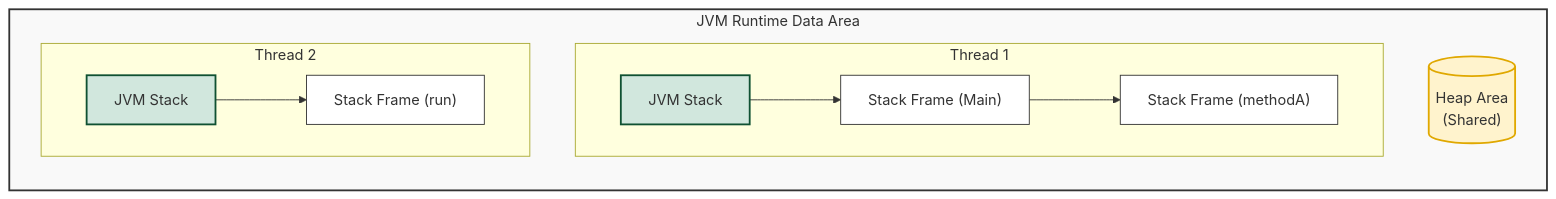
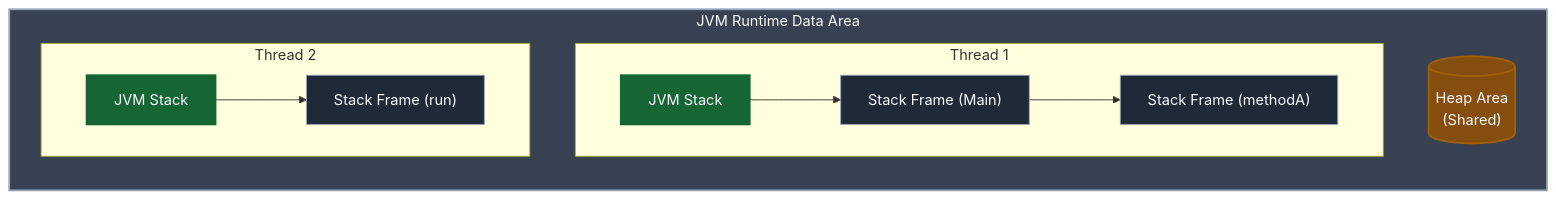
One commit to Kang-Hyesung/kang-hyesung.github.io changed the first of 2 diagrams in _posts/java/07-jvm/2026-01-12-JVM-스택-구조.md. Above: the diagram before and after it, drawn with Mermaid. The commit also changed 74 other files, not shown here.

Commit message:
docs: update post visibility and mermaid colors

````diff
--- a/_posts/java/07-jvm/2026-01-12-JVM-스택-구조.md
+++ b/_posts/java/07-jvm/2026-01-12-JVM-스택-구조.md
@@ -32,26 +32,26 @@
 ```mermaid
 graph TD
     subgraph JVM_Runtime_Data_Area ["JVM Runtime Data Area"]
         direction TB
         Heap[("Heap Area<br>(Shared)")]
         
         subgraph Thread_1 ["Thread 1"]
             Stack1["JVM Stack"] --> Frame1["Stack Frame (Main)"]
             Frame1 --> Frame2["Stack Frame (methodA)"]
         end
 
         subgraph Thread_2 ["Thread 2"]
             Stack2["JVM Stack"] --> Frame3["Stack Frame (run)"]
         end
     end
 
     %% 스타일 정의
-    style JVM_Runtime_Data_Area fill:#f9f9f9,stroke:#333,stroke-width:2px
-    style Heap fill:#fff3cd,stroke:#e0a800,stroke-width:2px
-    style Stack1 fill:#d1e7dd,stroke:#0f5132,stroke-width:2px
-    style Stack2 fill:#d1e7dd,stroke:#0f5132,stroke-width:2px
-    style Frame1 fill:#ffffff,stroke:#333
-    style Frame2 fill:#ffffff,stroke:#333
-    style Frame3 fill:#ffffff,stroke:#333
+    style JVM_Runtime_Data_Area fill:#374151,stroke:#94a3b8,stroke-width:2px,color:#f8fafc
+    style Heap fill:#854d0e,stroke:#a16207,stroke-width:2px,color:#f8fafc
+    style Stack1 fill:#166534,stroke:#166534,stroke-width:2px,color:#f8fafc
+    style Stack2 fill:#166534,stroke:#166534,stroke-width:2px,color:#f8fafc
+    style Frame1 fill:#1f2937,stroke:#94a3b8,color:#f8fafc
+    style Frame2 fill:#1f2937,stroke:#94a3b8,color:#f8fafc
+    style Frame3 fill:#1f2937,stroke:#94a3b8,color:#f8fafc
 
 ```
````
